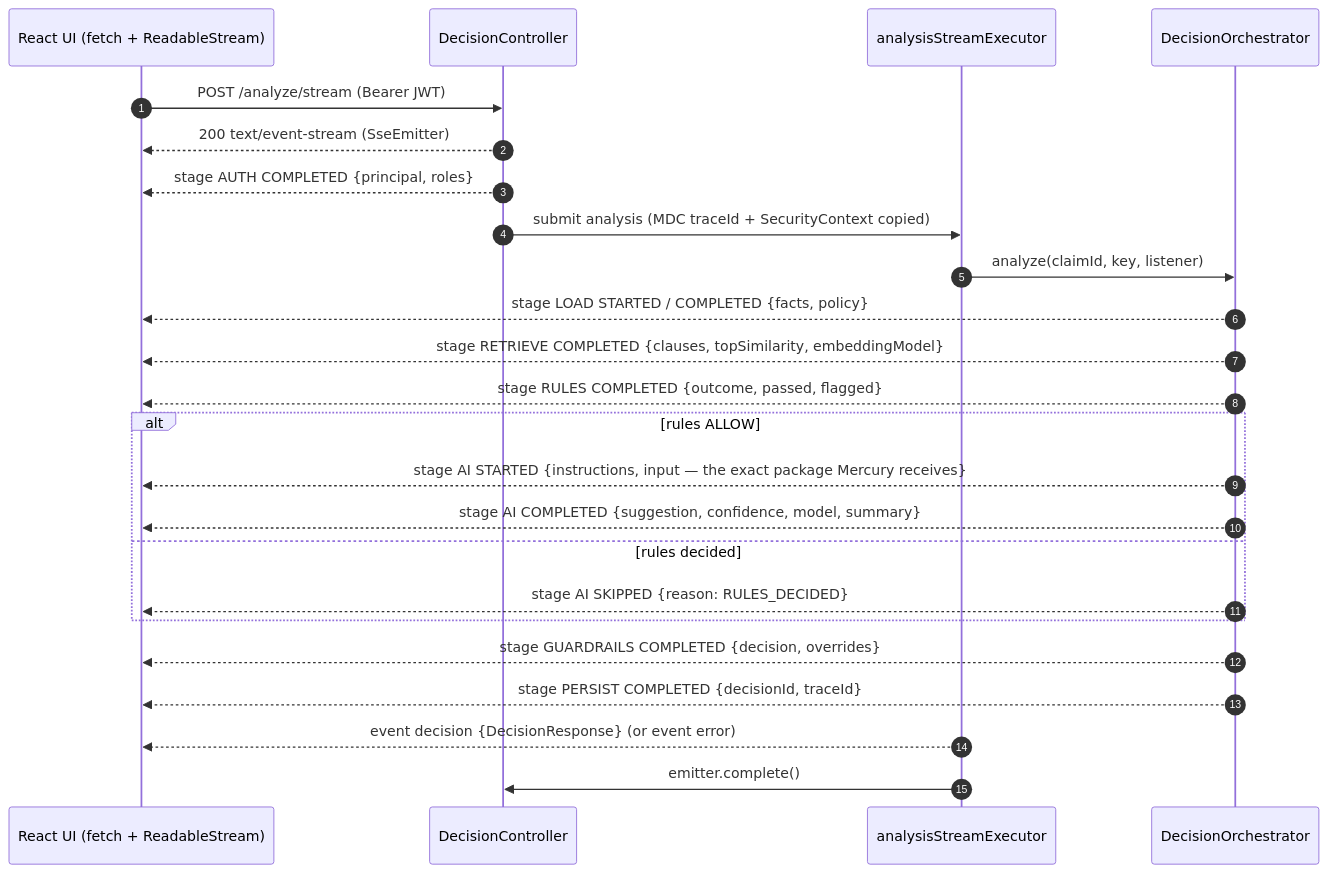
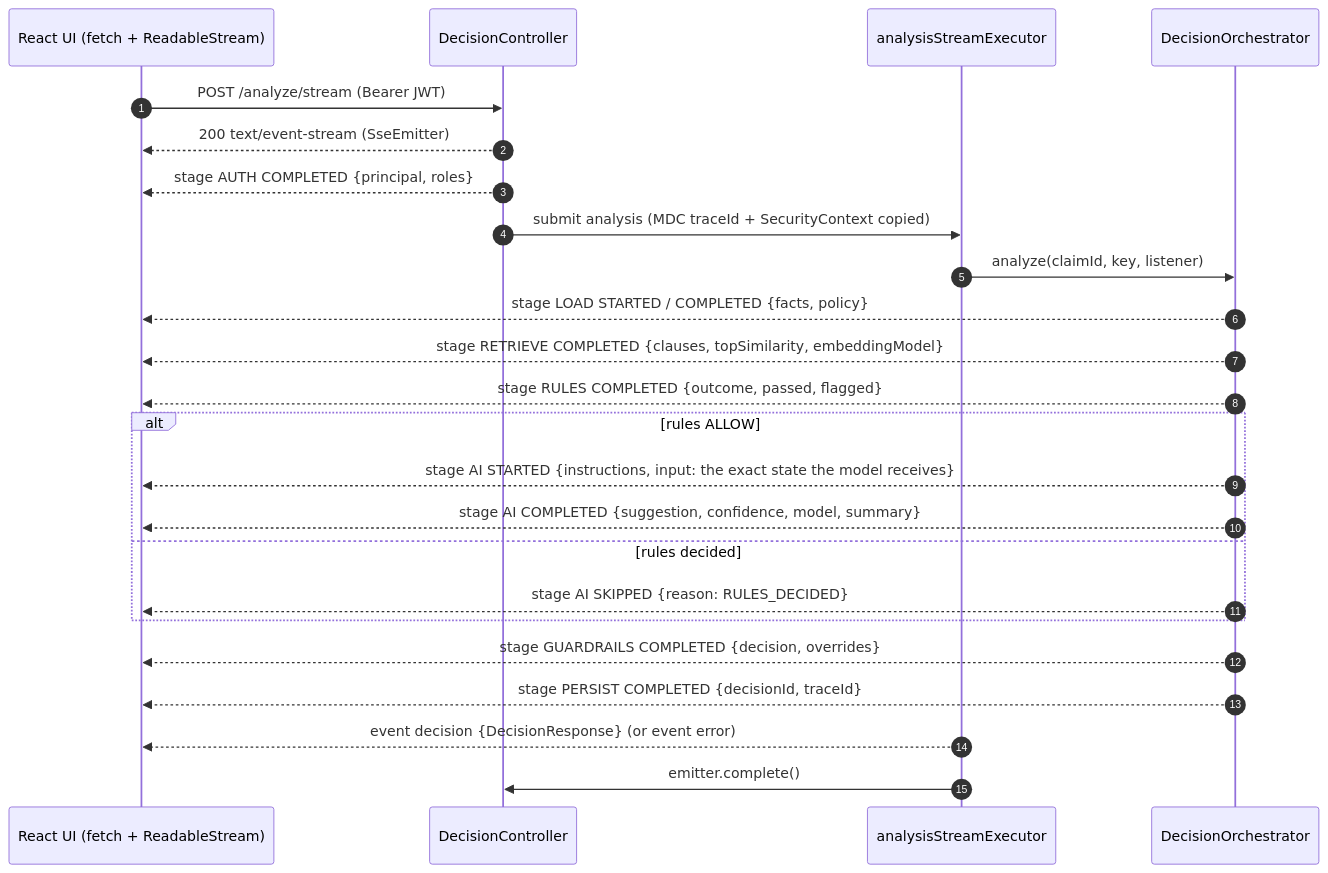
Before and after one commit to arshdeep3010/health-claim-decision-agent: the fifth of 14 diagrams in PROJECT.md, drawn with Mermaid. The commit also changed other lines of this file and 4 other files, not shown here.

````diff
--- a/PROJECT.md
+++ b/PROJECT.md
@@ -290,27 +312,27 @@
 ```mermaid
 sequenceDiagram
   autonumber
   participant UI as React UI (fetch + ReadableStream)
   participant C as DecisionController
   participant X as analysisStreamExecutor
   participant O as DecisionOrchestrator
 
   UI->>C: POST /analyze/stream (Bearer JWT)
   C-->>UI: 200 text/event-stream (SseEmitter)
   C-->>UI: stage AUTH COMPLETED {principal, roles}
   C->>X: submit analysis (MDC traceId + SecurityContext copied)
   X->>O: analyze(claimId, key, listener)
   O-->>UI: stage LOAD STARTED / COMPLETED {facts, policy}
   O-->>UI: stage RETRIEVE COMPLETED {clauses, topSimilarity, embeddingModel}
   O-->>UI: stage RULES COMPLETED {outcome, passed, flagged}
   alt rules ALLOW
-    O-->>UI: stage AI STARTED {instructions, input — the exact package Mercury receives}
+    O-->>UI: stage AI STARTED {instructions, input: the exact state the model receives}
     O-->>UI: stage AI COMPLETED {suggestion, confidence, model, summary}
   else rules decided
     O-->>UI: stage AI SKIPPED {reason: RULES_DECIDED}
   end
   O-->>UI: stage GUARDRAILS COMPLETED {decision, overrides}
   O-->>UI: stage PERSIST COMPLETED {decisionId, traceId}
   X-->>UI: event decision {DecisionResponse}  (or event error)
   X->>C: emitter.complete()
 ```
````
